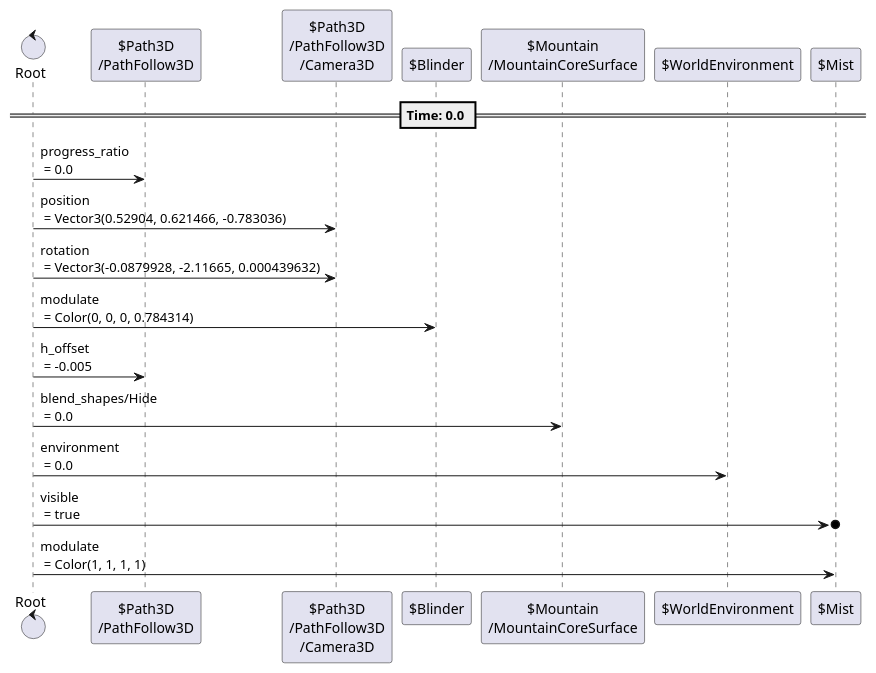
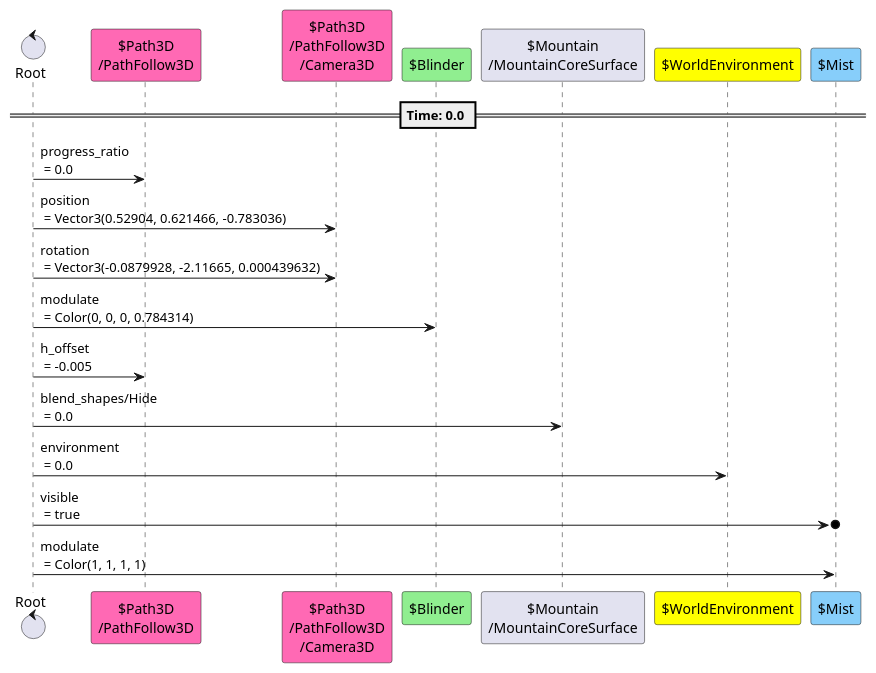
Before and after one commit to tkmfujise/Platformer-Game-Learning: the second of 23 diagrams in content/scenes/src/world/world.tscn.adoc, drawn with PlantUML. The commit also changed other lines of this file and 67 other files, not shown here.

```diff
--- a/content/scenes/src/world/world.tscn.adoc
+++ b/content/scenes/src/world/world.tscn.adoc
@@ -126,25 +126,25 @@
 [plantuml]
 ....
 control "Root" as R
-participant "$Path3D\n/PathFollow3D" as T0
-participant "$Path3D\n/PathFollow3D\n/Camera3D" as T1
-participant "$Blinder" as T3
-participant "$Mountain\n/MountainCoreSurface" as T5
-participant "$WorldEnvironment" as T6
-participant "$Mist" as T7
+participant "$Path3D\n/PathFollow3D" as T0 #FF69B4
+participant "$Path3D\n/PathFollow3D\n/Camera3D" as T1 #FF69B4
+participant "$Blinder" as T3 #90EE90
+participant "$Mountain\n/MountainCoreSurface" as T5 
+participant "$WorldEnvironment" as T6 #FFFF00
+participant "$Mist" as T7 #87CEFA
 
 
 
 == Time: 0.0 ==
 R  ->  T0 : progress_ratio\n = 0.0
 R  ->  T1 : position\n = Vector3(0.52904, 0.621466, -0.783036)
 R  ->  T1 : rotation\n = Vector3(-0.0879928, -2.11665, 0.000439632)
 R  ->  T3 : modulate\n = Color(0, 0, 0, 0.784314)
 R  ->  T0 : h_offset\n = -0.005
 R  ->  T5 : blend_shapes/Hide\n = 0.0
 R  ->  T6 : environment\n = 0.0
 R  ->o  T7 : visible\n = true
 R  ->  T7 : modulate\n = Color(1, 1, 1, 1)
 
 
 ....
```
